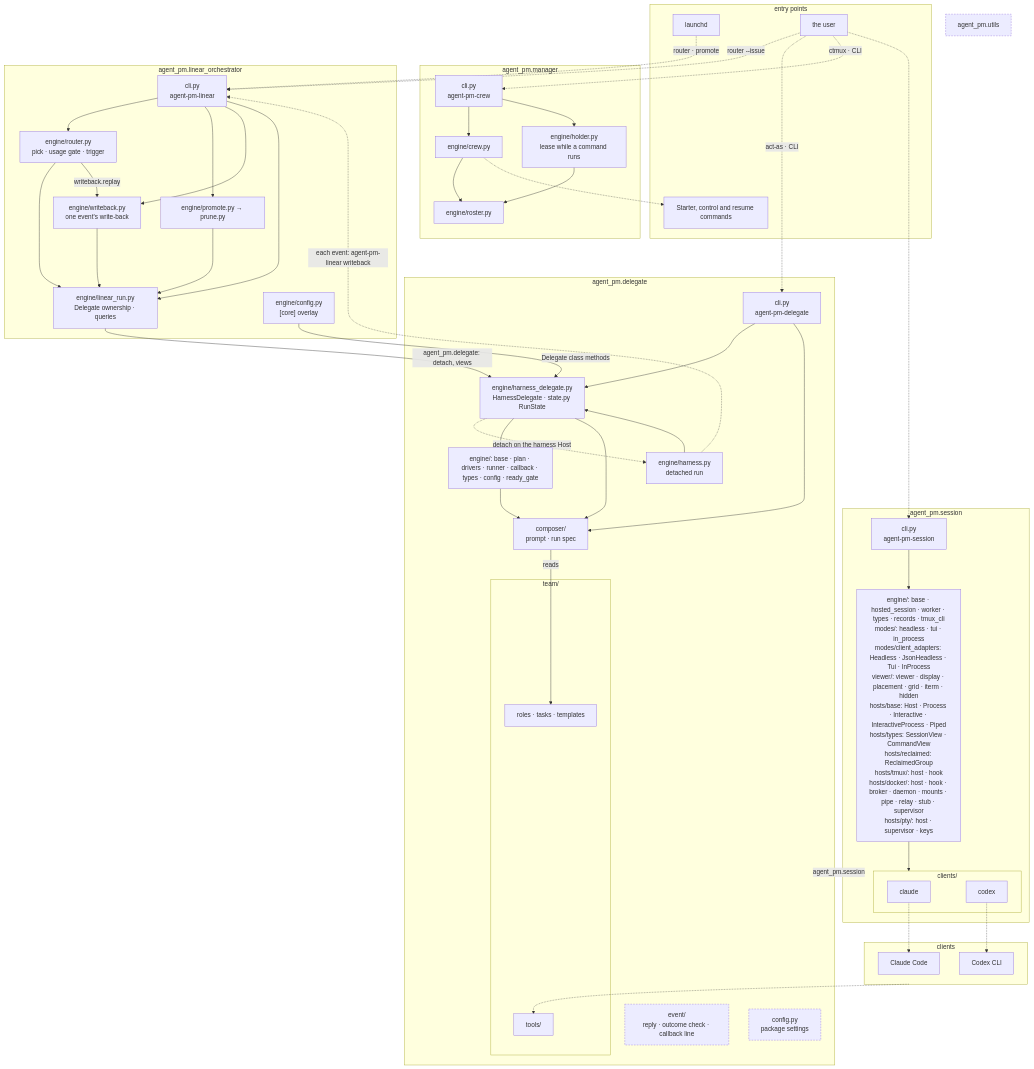
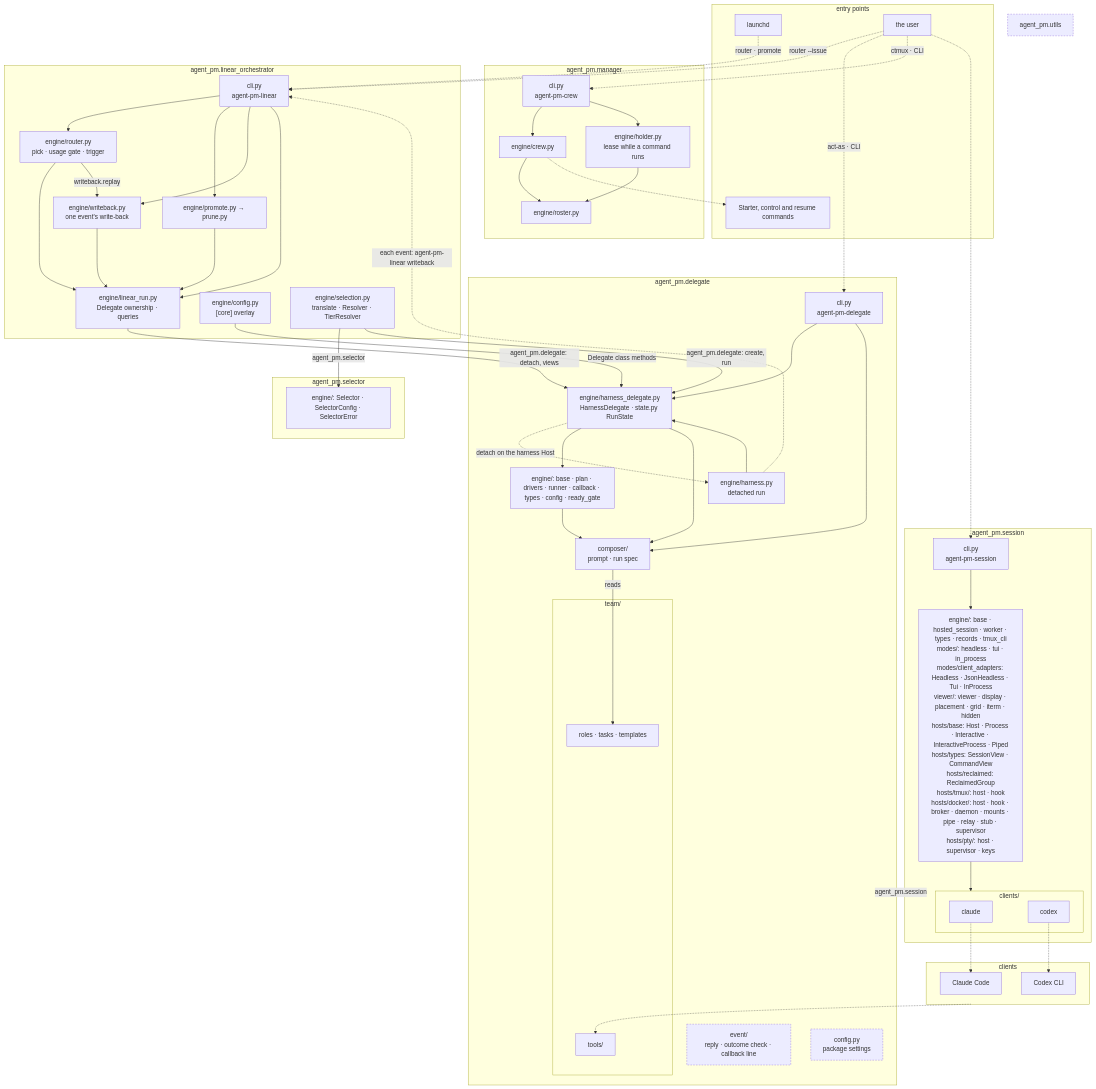
One commit to ophis/agent-pm changed the first of 2 diagrams in docs/architecture.md. Above: the diagram before and after it, drawn with Mermaid. The commit also changed other lines of this file and 35 other files, not shown here.

````diff
--- a/docs/architecture.md
+++ b/docs/architecture.md
@@ -5,72 +5,78 @@
 ```mermaid
 flowchart TB
   subgraph EN[entry points]
     LD[launchd]
     HU[the user]
     CC[Starter, control and resume commands]
   end
   subgraph MG[agent_pm.manager]
     MC["cli.py<br>agent-pm-crew"] --> W["engine/crew.py"] --> RS["engine/roster.py"]
     MC --> HO["engine/holder.py<br>lease while a command runs"] --> RS
   end
   subgraph LO[agent_pm.linear_orchestrator]
     LCLI["cli.py<br>agent-pm-linear"]
     R["engine/router.py<br>pick · usage gate · trigger"]
     LR["engine/linear_run.py<br>Delegate ownership · queries"]
     WB["engine/writeback.py<br>one event's write-back"]
     PP["engine/promote.py → prune.py"]
     LC["engine/config.py<br>[core] overlay"]
+    SL["engine/selection.py<br>translate · Resolver · TierResolver"]
+  end
+  subgraph SR[agent_pm.selector]
+    SS["engine/: Selector · SelectorConfig · SelectorError"]
   end
   subgraph DL[agent_pm.delegate]
     D["cli.py<br>agent-pm-delegate"]
     HD["engine/harness_delegate.py<br>HarnessDelegate · state.py RunState"]
     H["engine/harness.py<br>detached run"]
     E["engine/: base · plan · drivers · runner · callback · types · config · ready_gate"]
     C["composer/<br>prompt · run spec"]
     EV["event/<br>reply · outcome check · callback line"]
     CF["config.py<br>package settings"]
     subgraph TM[team/]
       T["roles · tasks · templates"]
       AT[tools/]
     end
   end
   subgraph SE[agent_pm.session]
     SC["cli.py<br>agent-pm-session"]
     DR["engine/: base · hosted_session · worker · types · records · tmux_cli<br>modes/: headless · tui · in_process<br>modes/client_adapters: Headless · JsonHeadless · Tui · InProcess<br>viewer/: viewer · display · placement · grid · iterm · hidden<br>hosts/base: Host · Process · Interactive · InteractiveProcess · Piped<br>hosts/types: SessionView · CommandView<br>hosts/reclaimed: ReclaimedGroup<br>hosts/tmux/: host · hook<br>hosts/docker/: host · hook · broker · daemon · mounts · pipe · relay · stub · supervisor<br>hosts/pty/: host · supervisor · keys"]
     subgraph AD[clients/]
       CL[claude]
       CX[codex]
     end
   end
   U[agent_pm.utils]
   subgraph RT[clients]
     P1[Claude Code]
     P2[Codex CLI]
   end
   LD -.->|"router · promote"| LCLI
   HU -.->|"router --issue"| LCLI
   HU -.->|"act-as · CLI"| D
   HU -.->|"ctmux · CLI"| MC
   HU -.-> SC
   SC --> DR
   LCLI --> R & PP & WB & LR
   R & PP & WB --> LR
   R -->|"writeback.replay"| WB
   LR -->|"agent_pm.delegate: detach, views"| HD
   H -.->|"each event: agent-pm-linear writeback"| LCLI
   LC -->|"Delegate class methods"| HD
+  SL -->|"agent_pm.selector"| SS
+  SL -->|"agent_pm.delegate: create, run"| HD
   W -.-> CC
   D & H --> HD
   D --> C
   HD -.->|"detach on the harness Host"| H
   HD --> E & C
   E --> C
   DL -->|agent_pm.session| SE
   C -->|reads| T
   DR --> AD
   CL -.-> P1
   CX -.-> P2
   RT -.-> AT
   classDef shared stroke-dasharray: 4 3
   class EV,U,CF shared
 ```
````
